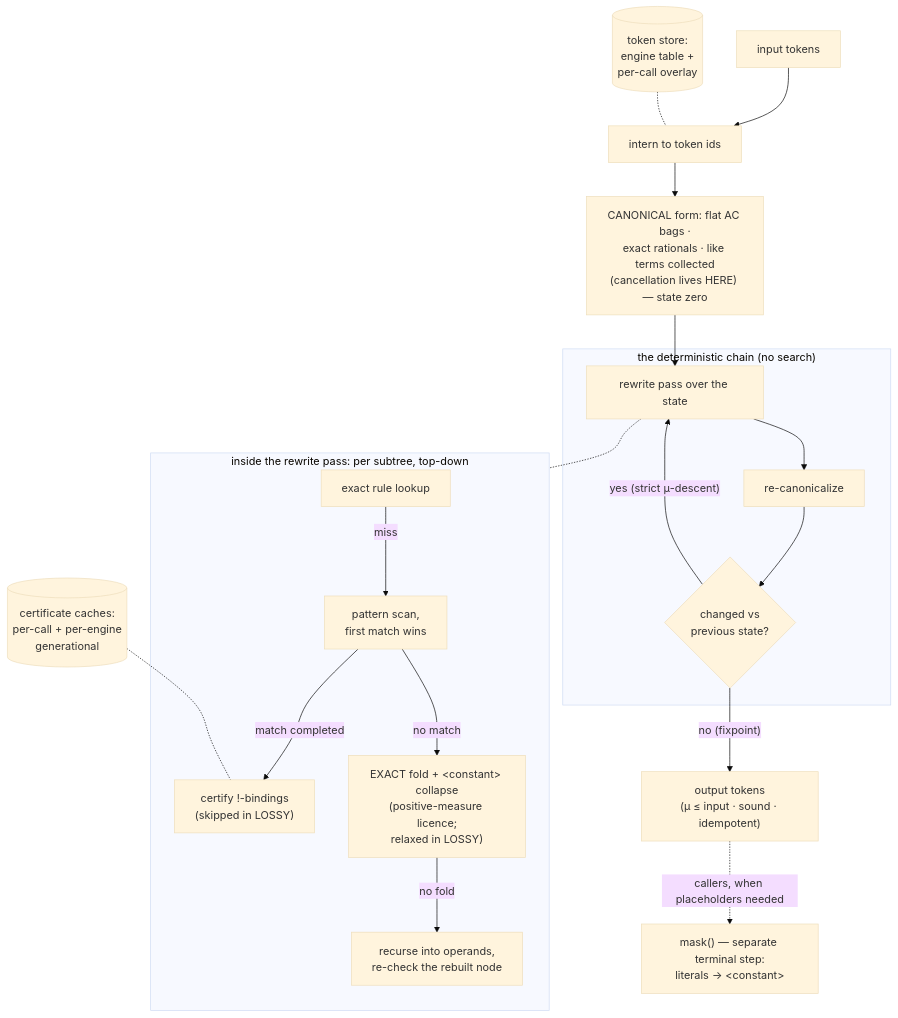
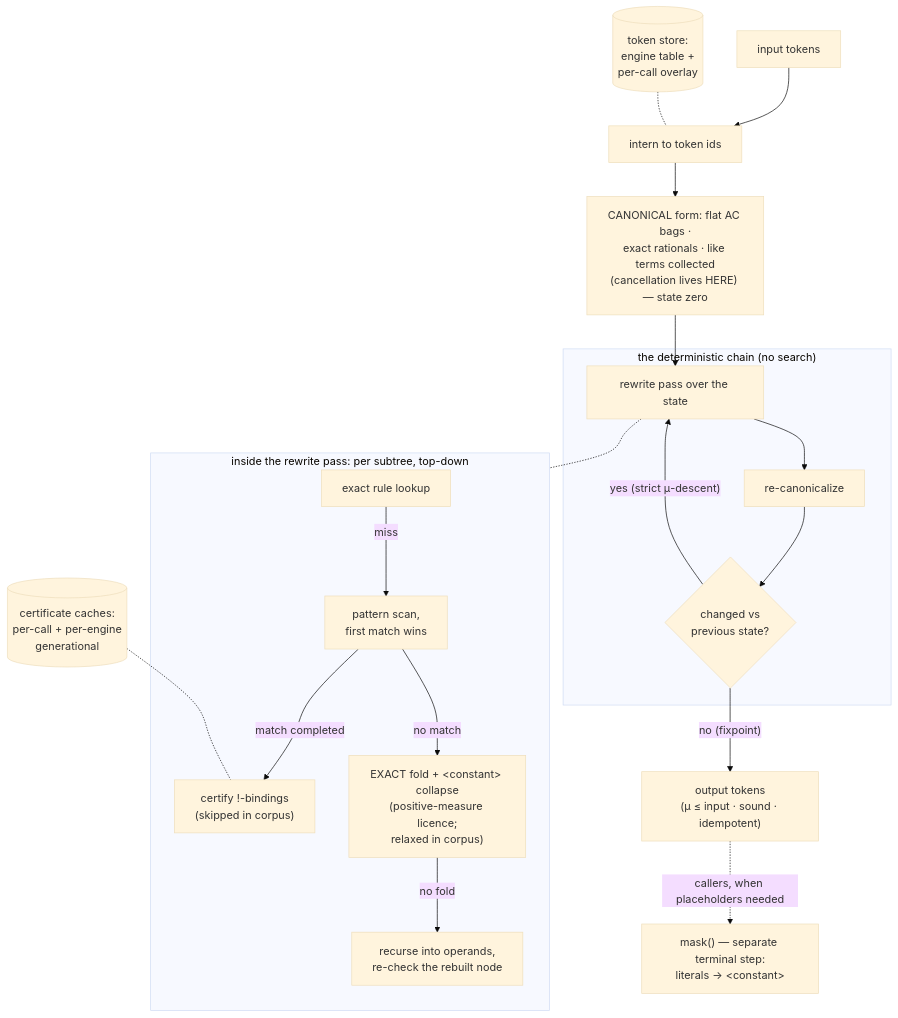
Before and after one commit to psaegert/simplipy: the diagram in docs/guides/simplify.md, drawn with Mermaid (base theme). The commit also changed other lines of this file and 97 other files, not shown here.

````diff
--- a/docs/guides/simplify.md
+++ b/docs/guides/simplify.md
@@ -60,24 +64,24 @@
 ```mermaid
 flowchart TD
     IN["input tokens"] --> INTERN["intern to token ids"]
     INTERN --> CANON0["CANONICAL form: flat AC bags ·<br/>exact rationals · like terms collected<br/>(cancellation lives HERE) — state zero"]
     CANON0 --> PASS
     subgraph LOOP["the deterministic chain (no search)"]
         PASS["rewrite pass over the state"] --> RECANON["re-canonicalize"]
         RECANON --> CONV{"changed vs<br/>previous state?"}
         CONV -- "yes (strict μ-descent)" --> PASS
     end
     CONV -- "no (fixpoint)" --> OUT["output tokens<br/>(μ ≤ input · sound · idempotent)"]
     OUT -. "callers, when placeholders needed" .-> MASK["mask() — separate terminal step:<br/>literals → &lt;constant&gt;"]
 
     subgraph WALK["inside the rewrite pass: per subtree, top-down"]
         EXACT["exact rule lookup"] -- miss --> PATT["pattern scan,<br/>first match wins"]
-        PATT -- "match completed" --> CERT["certify !-bindings<br/>(skipped in LOSSY)"]
-        PATT -- "no match" --> FOLD["EXACT fold + &lt;constant&gt; collapse<br/>(positive-measure licence;<br/>relaxed in LOSSY)"]
+        PATT -- "match completed" --> CERT["certify !-bindings<br/>(skipped in corpus)"]
+        PATT -- "no match" --> FOLD["EXACT fold + &lt;constant&gt; collapse<br/>(positive-measure licence;<br/>relaxed in corpus)"]
         FOLD -- "no fold" --> REC["recurse into operands,<br/>re-check the rebuilt node"]
     end
     PASS -.- WALK
 
     STORE[("token store:<br/>engine table +<br/>per-call overlay")] -.- INTERN
     CCACHE[("certificate caches:<br/>per-call + per-engine<br/>generational")] -.- CERT
 ```
````
